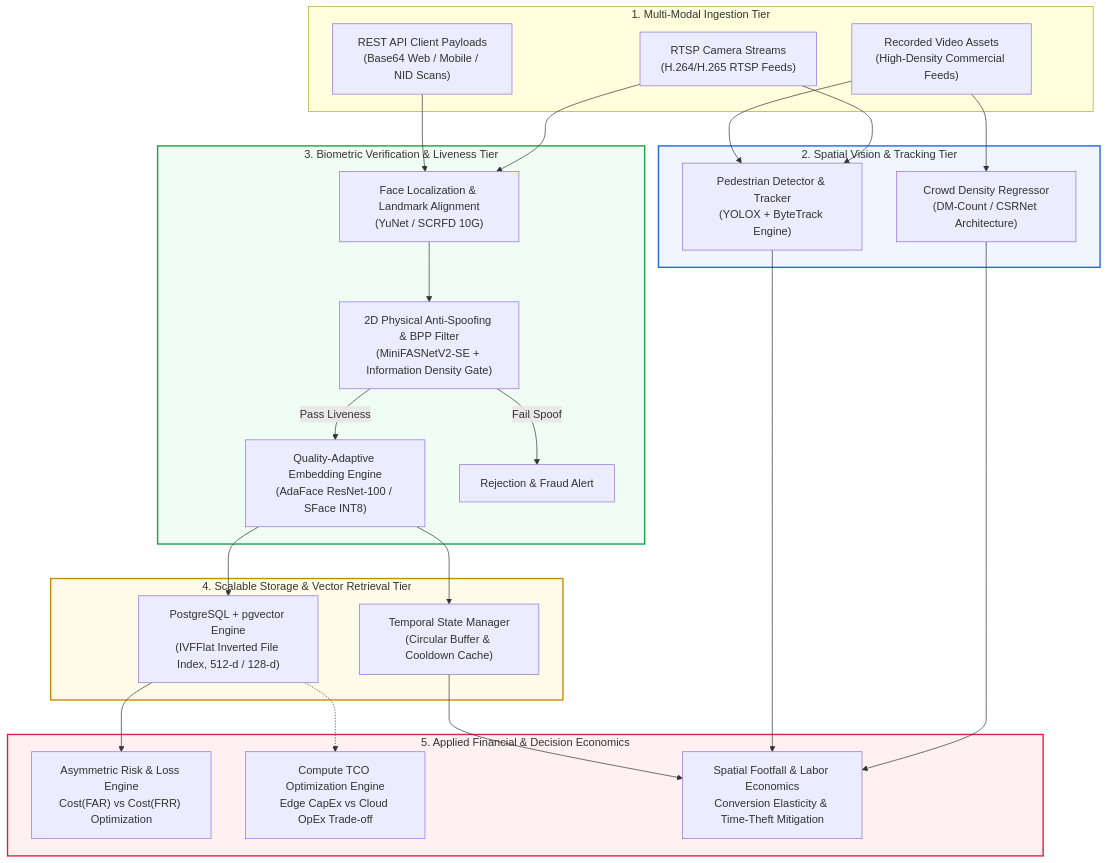
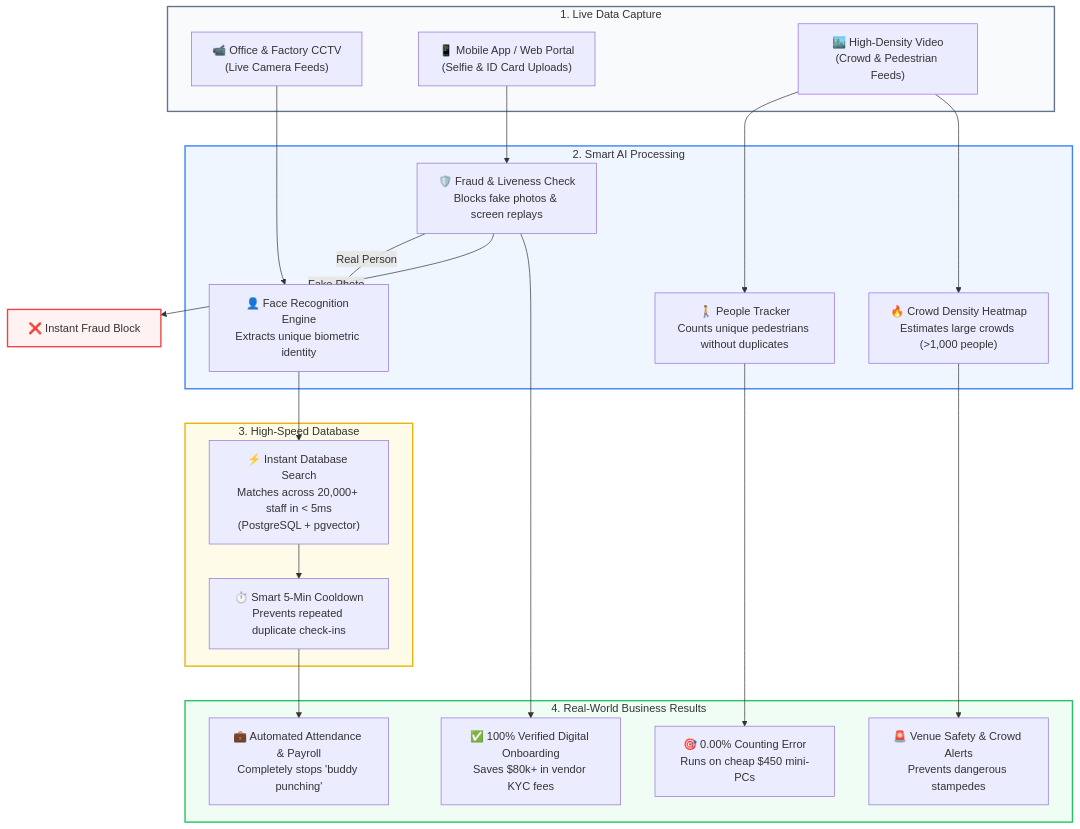
Before and after one commit to datawithAsif/Video-Analytics-Architecture-Portfolio: the diagram in diagrams/unified_system_topology.mermaid, drawn with Mermaid. The commit also changed 9 other files, not shown here.

Commit message:
docs: redesign diagrams into intuitive, recruiter-friendly flowcharts

```diff
--- a/diagrams/unified_system_topology.mermaid
+++ b/diagrams/unified_system_topology.mermaid
@@ -1,54 +1,48 @@
 flowchart TD
-    %% Global Video Analytics & Quantitative Financial Infrastructure
+    %% Recruiter-Friendly End-to-End System Architecture
 
-    subgraph Data_Ingestion ["1. Multi-Modal Ingestion Tier"]
-        RTSP["RTSP Camera Streams\n(H.264/H.265 RTSP Feeds)"]
-        HTTP["REST API Client Payloads\n(Base64 Web / Mobile / NID Scans)"]
-        VIDEO["Recorded Video Assets\n(High-Density Commercial Feeds)"]
+    subgraph Step1 ["1. Live Data Capture"]
+        CAM["📹 Office & Factory CCTV\n(Live Camera Feeds)"]
+        APP["📱 Mobile App / Web Portal\n(Selfie & ID Card Uploads)"]
+        DRONE["🏙️ High-Density Video\n(Crowd & Pedestrian Feeds)"]
     end
 
-    subgraph Micro_Macro_Analytics ["2. Spatial Vision & Tracking Tier"]
-        YOLO["Pedestrian Detector & Tracker\n(YOLOX + ByteTrack Engine)"]
-        DM["Crowd Density Regressor\n(DM-Count / CSRNet Architecture)"]
-        
-        VIDEO --> YOLO
-        VIDEO --> DM
-        RTSP --> YOLO
+    subgraph Step2 ["2. Smart AI Processing"]
+        LIVENESS["🛡️ Fraud & Liveness Check\nBlocks fake photos & screen replays"]
+        TRACK["🚶 People Tracker\nCounts unique pedestrians without duplicates"]
+        HEATMAP["🔥 Crowd Density Heatmap\nEstimates large crowds (>1,000 people)"]
+        RECOG["👤 Face Recognition Engine\nExtracts unique biometric identity"]
     end
 
-    subgraph Biometric_Processing ["3. Biometric Verification & Liveness Tier"]
-        DET["Face Localization & Landmark Alignment\n(YuNet / SCRFD 10G)"]
-        LIVENESS["2D Physical Anti-Spoofing & BPP Filter\n(MiniFASNetV2-SE + Information Density Gate)"]
-        EMBED["Quality-Adaptive Embedding Engine\n(AdaFace ResNet-100 / SFace INT8)"]
-        
-        HTTP --> DET
-        RTSP --> DET
-        DET --> LIVENESS
-        LIVENESS -->|Pass Liveness| EMBED
-        LIVENESS -->|Fail Spoof| REJECT["Rejection & Fraud Alert"]
+    subgraph Step3 ["3. High-Speed Database"]
+        DB["⚡ Instant Database Search\nMatches across 20,000+ staff in < 5ms\n(PostgreSQL + pgvector)"]
+        SMART_FILTER["⏱️ Smart 5-Min Cooldown\nPrevents repeated duplicate check-ins"]
     end
 
-    subgraph Storage_Search ["4. Scalable Storage & Vector Retrieval Tier"]
-        PG["PostgreSQL + pgvector Engine\n(IVFFlat Inverted File Index, 512-d / 128-d)"]
-        STATE["Temporal State Manager\n(Circular Buffer & Cooldown Cache)"]
-        
-        EMBED --> PG
-        EMBED --> STATE
+    subgraph Step4 ["4. Real-World Business Results"]
+        OUT1["✅ 100% Verified Digital Onboarding\nSaves $80k+ in vendor KYC fees"]
+        OUT2["💼 Automated Attendance & Payroll\nCompletely stops 'buddy punching'"]
+        OUT3["🎯 0.00% Counting Error\nRuns on cheap $450 mini-PCs"]
+        OUT4["🚨 Venue Safety & Crowd Alerts\nPrevents dangerous stampedes"]
     end
 
-    subgraph Quantitative_Economics ["5. Applied Financial & Decision Economics"]
-        LOSS["Asymmetric Risk & Loss Engine\nCost(FAR) vs Cost(FRR) Optimization"]
-        TCO["Compute TCO Optimization Engine\nEdge CapEx vs Cloud OpEx Trade-off"]
-        SPATIAL["Spatial Footfall & Labor Economics\nConversion Elasticity & Time-Theft Mitigation"]
-        
-        PG --> LOSS
-        STATE --> SPATIAL
-        YOLO --> SPATIAL
-        DM --> SPATIAL
-        PG -.-> TCO
-    end
+    CAM --> RECOG
+    APP --> LIVENESS
+    LIVENESS -->|Real Person| RECOG
+    LIVENESS -->|Fake Photo| REJ["❌ Instant Fraud Block"]
+    DRONE --> TRACK
+    DRONE --> HEATMAP
 
-    style Biometric_Processing fill:#f0fdf4,stroke:#16a34a,stroke-width:2px
-    style Micro_Macro_Analytics fill:#eff6ff,stroke:#2563eb,stroke-width:2px
-    style Storage_Search fill:#fefce8,stroke:#ca8a04,stroke-width:2px
-    style Quantitative_Economics fill:#fff1f2,stroke:#e11d48,stroke-width:2px
+    RECOG --> DB
+    DB --> SMART_FILTER
+
+    SMART_FILTER --> OUT2
+    LIVENESS --> OUT1
+    TRACK --> OUT3
+    HEATMAP --> OUT4
+
+    style Step1 fill:#f8fafc,stroke:#64748b,stroke-width:2px
+    style Step2 fill:#eff6ff,stroke:#3b82f6,stroke-width:2px
+    style Step3 fill:#fefce8,stroke:#eab308,stroke-width:2px
+    style Step4 fill:#f0fdf4,stroke:#22c55e,stroke-width:2px
+    style REJ fill:#fef2f2,stroke:#ef4444,stroke-width:2px
```
